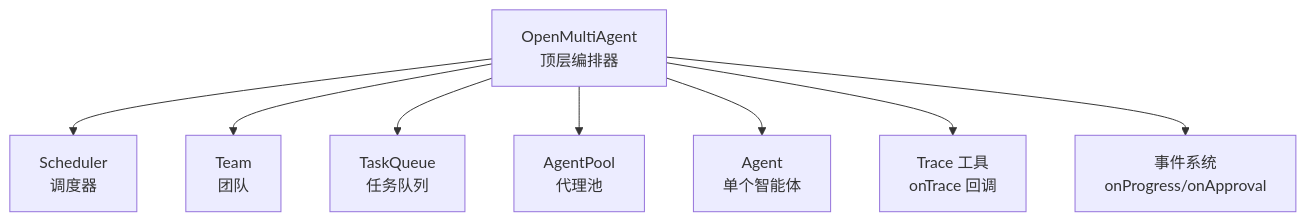
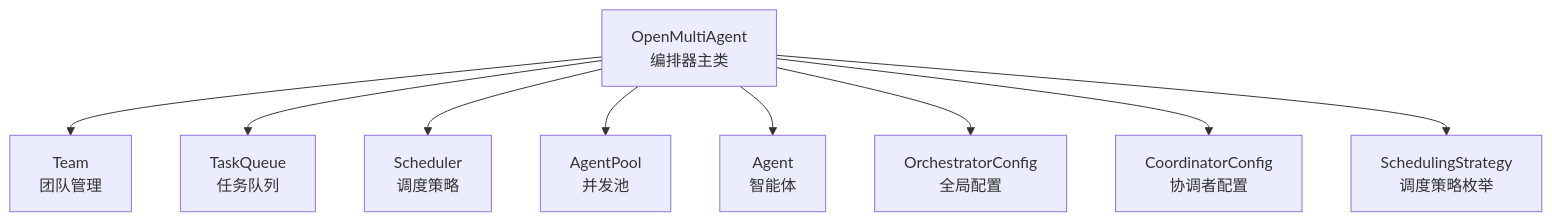
One commit to haolange/open-multi-agent changed the first of 4 diagrams in .qoder/repowiki/zh/content/API 参考/编排器 API.md. Above: the diagram before and after it, drawn with Mermaid. The commit also changed other lines of this file and 100 other files, not shown here.

````diff
--- a/.qoder/repowiki/zh/content/API 参考/编排器 API.md
+++ b/.qoder/repowiki/zh/content/API 参考/编排器 API.md
@@ -45,10 +39,11 @@
 ```mermaid
 graph TB
-OM["OpenMultiAgent<br/>顶层编排器"] --> S["Scheduler<br/>调度器"]
-OM --> TP["Team<br/>团队"]
-OM --> AQ["TaskQueue<br/>任务队列"]
-OM --> AP["AgentPool<br/>代理池"]
-OM --> A["Agent<br/>单个智能体"]
-OM --> TR["Trace 工具<br/>onTrace 回调"]
-OM --> EV["事件系统<br/>onProgress/onApproval"]
+OM["OpenMultiAgent<br/>编排器主类"] --> T["Team<br/>团队管理"]
+OM --> PQ["TaskQueue<br/>任务队列"]
+OM --> SCH["Scheduler<br/>调度策略"]
+OM --> AP["AgentPool<br/>并发池"]
+OM --> AG["Agent<br/>智能体"]
+OM --> CFG["OrchestratorConfig<br/>全局配置"]
+OM --> COORD["CoordinatorConfig<br/>协调者配置"]
+OM --> STRAT["SchedulingStrategy<br/>调度策略枚举"]
 ```
````
